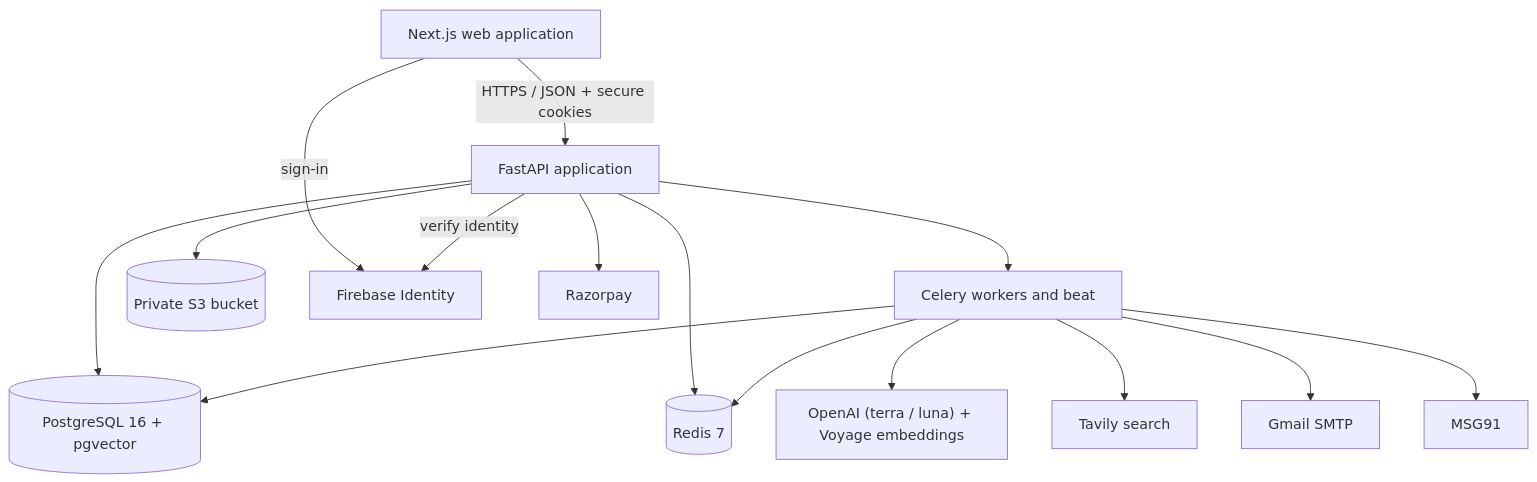
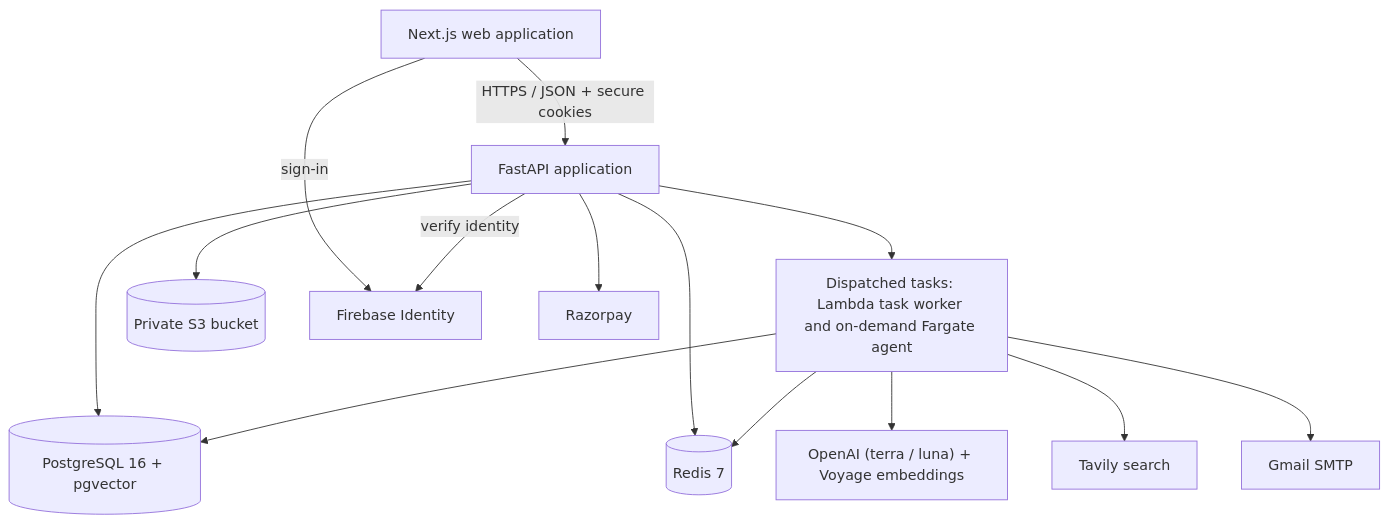
The first of 4 diagrams in docs/architecture/ESD.md (HanuLisa-Technologies-LLP/pickready), drawn with Mermaid before and after one commit. The commit also changed other lines of this file and 5 other files, not shown here.

````diff
--- a/docs/architecture/ESD.md
+++ b/docs/architecture/ESD.md
@@ -44,30 +61,28 @@
 ```mermaid
 flowchart TB
     Browser["Next.js web application"]
     API["FastAPI application"]
-    Worker["Celery workers and beat"]
+    Worker["Dispatched tasks: Lambda task worker and on-demand Fargate agent"]
     DB[("PostgreSQL 16 + pgvector")]
     Cache[("Redis 7")]
     S3[("Private S3 bucket")]
     Firebase["Firebase Identity"]
     AI["OpenAI (terra / luna) + Voyage embeddings"]
     Tavily["Tavily search"]
     Razorpay["Razorpay"]
     Mail["Gmail SMTP"]
-    SMS["MSG91"]
 
     Browser -->|HTTPS / JSON + secure cookies| API
     Browser -->|sign-in| Firebase
     API -->|verify identity| Firebase
     API --> DB
     API --> Cache
     API --> S3
     API --> Razorpay
     API --> Worker
     Worker --> DB
     Worker --> Cache
     Worker --> AI
     Worker --> Tavily
     Worker --> Mail
-    Worker --> SMS
 ```
````
